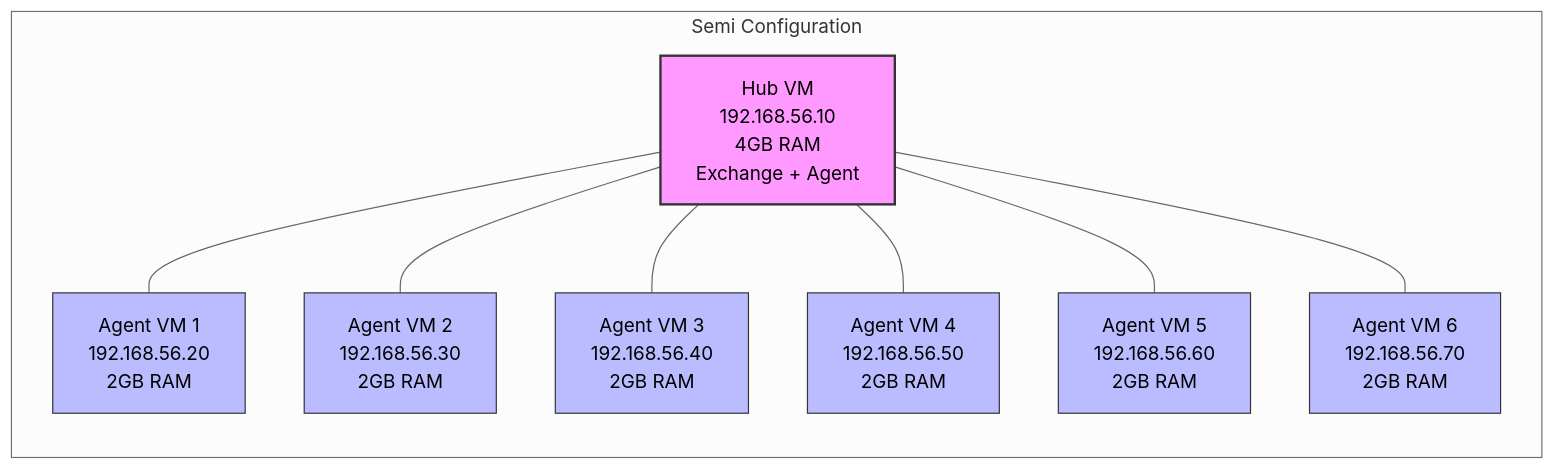
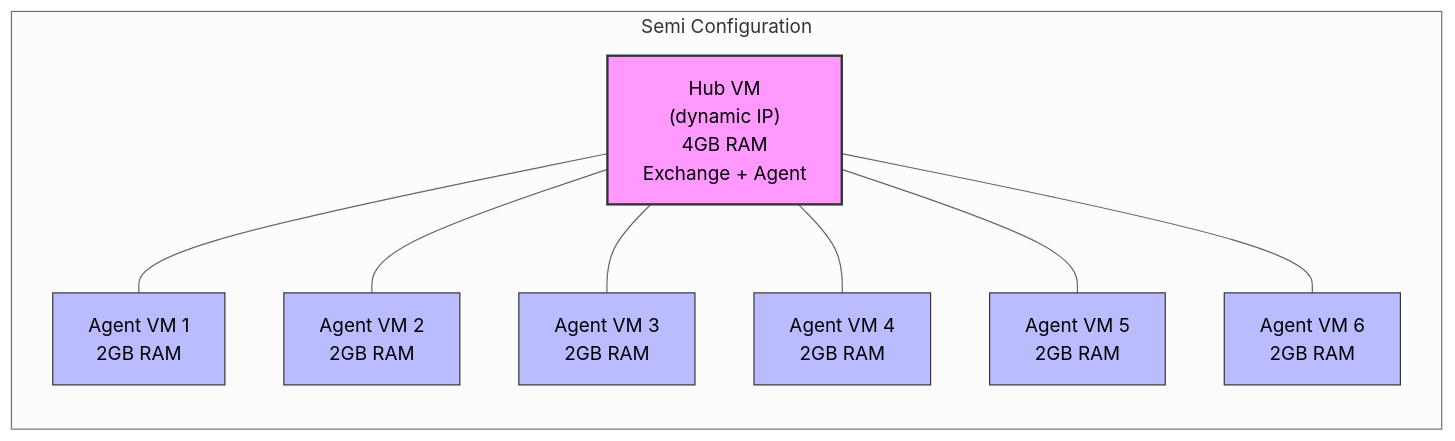
Before and after one commit to open-horizon-services/demo-in-a-box: the fourth of 5 diagrams in README.md, drawn with Mermaid (neutral theme). The commit also changed other lines of this file and 19 other files, not shown here.

````diff
--- a/README.md
+++ b/README.md
@@ -184,27 +178,27 @@
 ```mermaid
 graph LR
     subgraph "Semi Configuration"
     
-    Hub["Hub VM\n192.168.56.10\n4GB RAM\nExchange + Agent"]
+    Hub["Hub VM\n(dynamic IP)\n4GB RAM\nExchange + Agent"]
     
-    Agent1["Agent VM 1\n192.168.56.20\n2GB RAM"]
-    Agent2["Agent VM 2\n192.168.56.30\n2GB RAM"]
-    Agent3["Agent VM 3\n192.168.56.40\n2GB RAM"]
-    Agent4["Agent VM 4\n192.168.56.50\n2GB RAM"]
-    Agent5["Agent VM 5\n192.168.56.60\n2GB RAM"]
-    Agent6["Agent VM 6\n192.168.56.70\n2GB RAM"]
+    Agent1["Agent VM 1\n2GB RAM"]
+    Agent2["Agent VM 2\n2GB RAM"]
+    Agent3["Agent VM 3\n2GB RAM"]
+    Agent4["Agent VM 4\n2GB RAM"]
+    Agent5["Agent VM 5\n2GB RAM"]
+    Agent6["Agent VM 6\n2GB RAM"]
     
     Hub --- Agent1
     Hub --- Agent2
     Hub --- Agent3
     Hub --- Agent4
     Hub --- Agent5
     Hub --- Agent6
     
     classDef hub fill:#f9f,stroke:#333,stroke-width:2px
     classDef agent fill:#bbf,stroke:#333,stroke-width:1px
     class Hub hub
     class Agent1,Agent2,Agent3,Agent4,Agent5,Agent6 agent
     
     end
 ```
````
